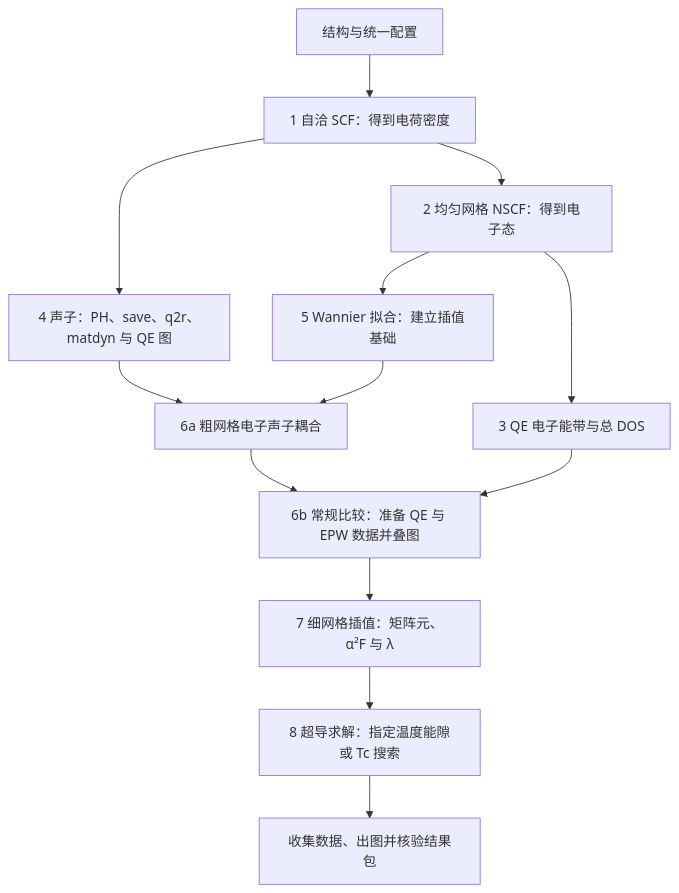
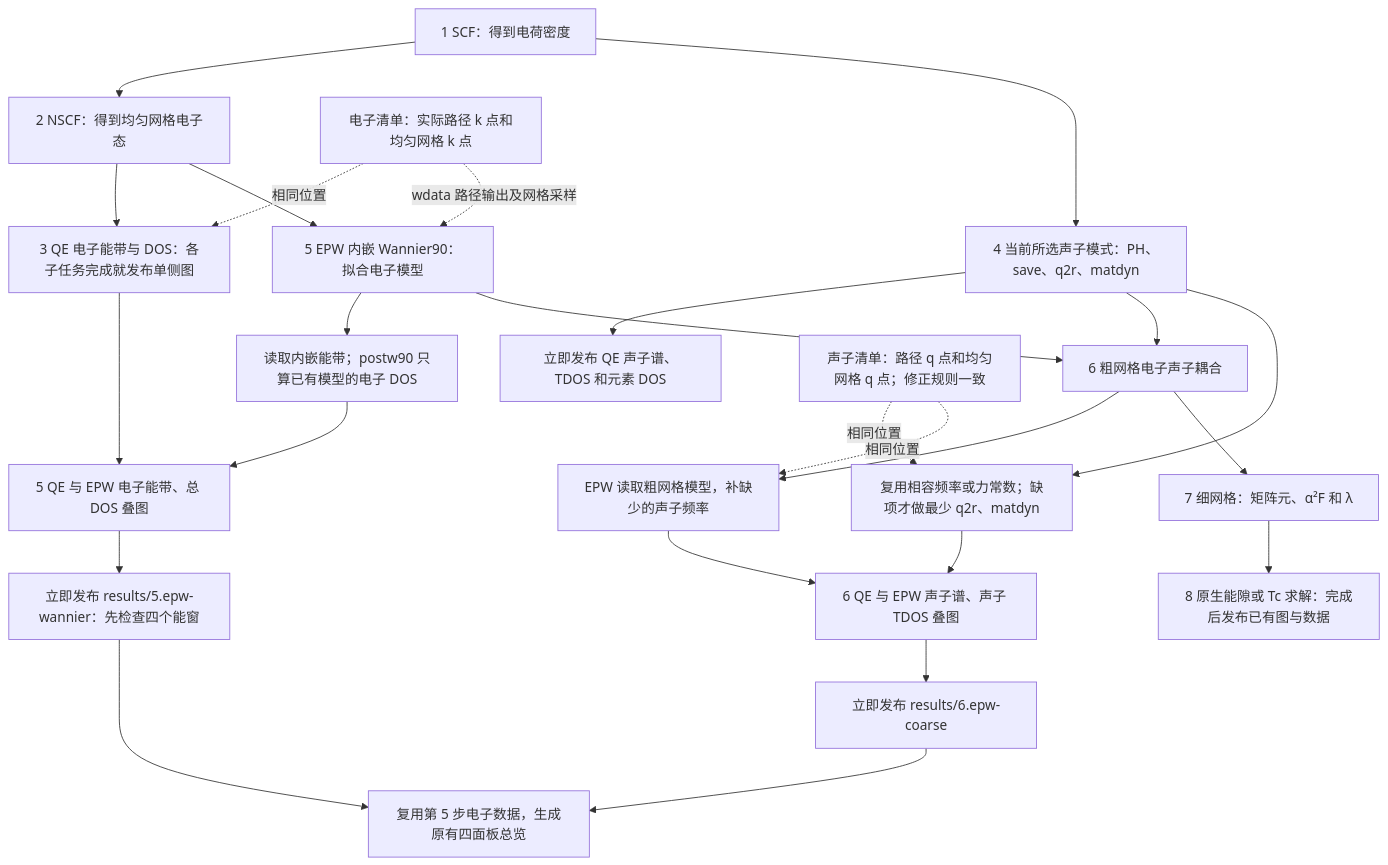
One commit to JLU-ICCMS-MaYuan/dftflow changed the first of 2 diagrams in docs/overview/epwflow/workflow.md. Above: the diagram before and after it, drawn with Mermaid. The commit also changed other lines of this file and 46 other files, not shown here.

````diff
--- a/docs/overview/epwflow/workflow.md
+++ b/docs/overview/epwflow/workflow.md
@@ -9,15 +9,27 @@
 ```mermaid
 flowchart TD
-    A[结构与统一配置] --> S[1 自洽 SCF：得到电荷密度]
-    S --> N[2 均匀网格 NSCF：得到电子态]
-    N --> E[3 QE 电子能带与总 DOS]
-    N --> W[5 Wannier 拟合：建立插值基础]
-    S --> P[4 声子：PH、save、q2r、matdyn 与 QE 图]
-    P --> C[6a 粗网格电子声子耦合]
+    S[1 SCF：得到电荷密度] --> N[2 NSCF：得到均匀网格电子态]
+    N --> E[3 QE 电子能带与 DOS：各子任务完成就发布单侧图]
+    N --> W[5 EPW 内嵌 Wannier90：拟合电子模型]
+    K[电子清单：实际路径 k 点和均匀网格 k 点] -. 相同位置 .-> E
+    K -. wdata 路径输出及网格采样 .-> W
+    W --> B[读取内嵌能带；postw90 只算已有模型的电子 DOS]
+    E --> EC[5 QE 与 EPW 电子能带、总 DOS 叠图]
+    B --> EC
+    EC --> R5[立即发布 results/5.epw-wannier：先检查四个能窗]
+    S --> P[4 当前所选声子模式：PH、save、q2r、matdyn]
+    P --> R4[立即发布 QE 声子谱、TDOS 和元素 DOS]
+    P --> C[6 粗网格电子声子耦合]
     W --> C
-    C --> D[6b 常规比较：准备 QE 与 EPW 数据并叠图]
-    E --> D
-    D --> F[7 细网格插值：矩阵元、α²F 与 λ]
-    F --> G[8 超导求解：指定温度能隙或 Tc 搜索]
-    G --> R[收集数据、出图并核验结果包]
+    P --> Q[复用相容频率或力常数；缺项才做最少 q2r、matdyn]
+    C --> I[EPW 读取粗网格模型，补缺少的声子频率]
+    QL[声子清单：路径 q 点和均匀网格 q 点；修正规则一致] -. 相同位置 .-> Q
+    QL -. 相同位置 .-> I
+    Q --> PC[6 QE 与 EPW 声子谱、声子 TDOS 叠图]
+    I --> PC
+    PC --> R6[立即发布 results/6.epw-coarse]
+    R5 --> O[复用第 5 步电子数据，生成原有四面板总览]
+    R6 --> O
+    C --> F[7 细网格：矩阵元、α²F 和 λ]
+    F --> G[8 原生能隙或 Tc 求解：完成后发布已有图与数据]
 ```
````
